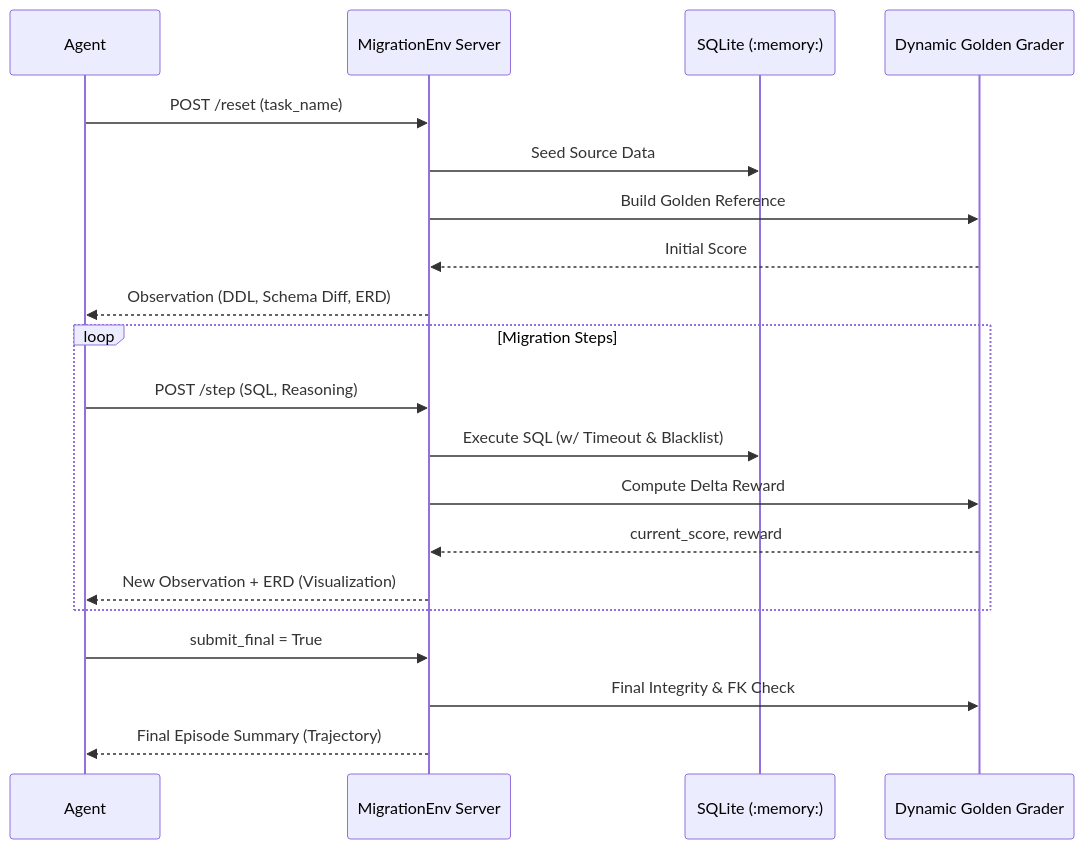
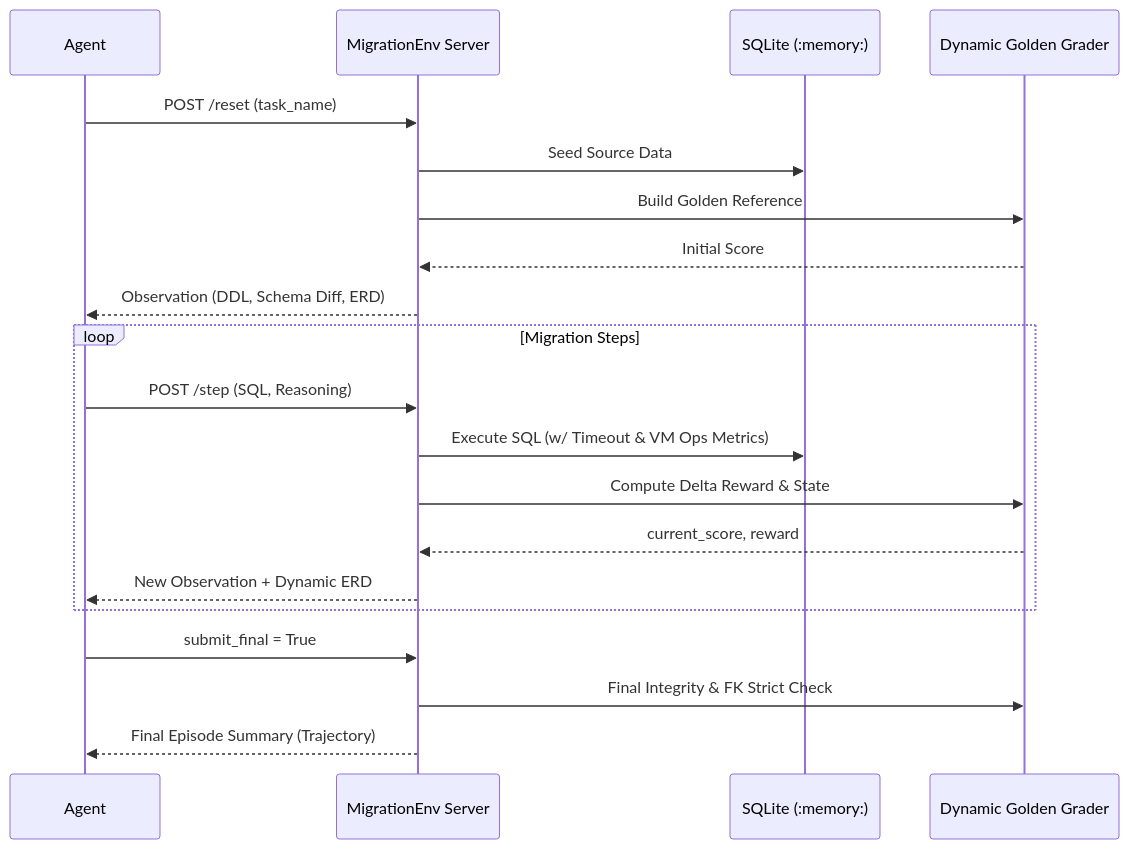
The diagram in README.md (Eishaan-Khatri/sql-migration-env), drawn with Mermaid before and after one commit. The commit also changed other lines of this file, not shown here.

````diff
--- a/README.md
+++ b/README.md
@@ -52,25 +40,25 @@
 ```mermaid
 sequenceDiagram
     participant Agent
     participant Env as MigrationEnv Server
     participant DB as SQLite (:memory:)
     participant Grader as Dynamic Golden Grader
 
     Agent->>Env: POST /reset (task_name)
     Env->>DB: Seed Source Data
     Env->>Grader: Build Golden Reference
     Grader-->>Env: Initial Score
     Env-->>Agent: Observation (DDL, Schema Diff, ERD)
 
     loop Migration Steps
         Agent->>Env: POST /step (SQL, Reasoning)
-        Env->>DB: Execute SQL (w/ Timeout & Blacklist)
-        Env->>Grader: Compute Delta Reward
+        Env->>DB: Execute SQL (w/ Timeout & VM Ops Metrics)
+        Env->>Grader: Compute Delta Reward & State
         Grader-->>Env: current_score, reward
-        Env-->>Agent: New Observation + ERD (Visualization)
+        Env-->>Agent: New Observation + Dynamic ERD 
     end
 
     Agent->>Env: submit_final = True
-    Env->>Grader: Final Integrity & FK Check
+    Env->>Grader: Final Integrity & FK Strict Check
     Env-->>Agent: Final Episode Summary (Trajectory)
 ```
````
